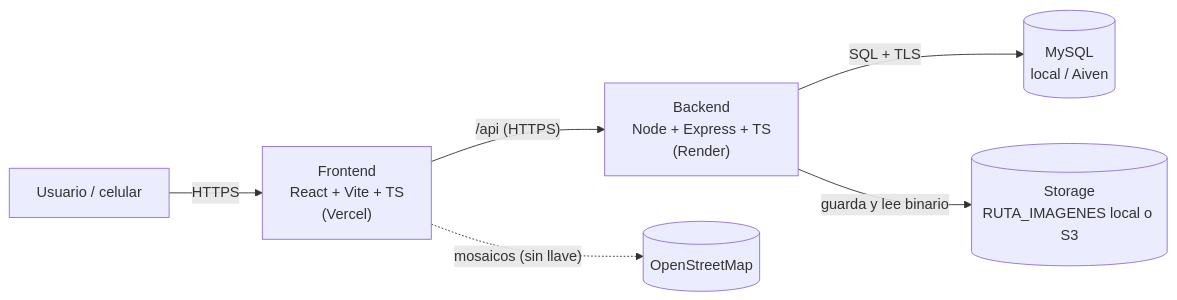
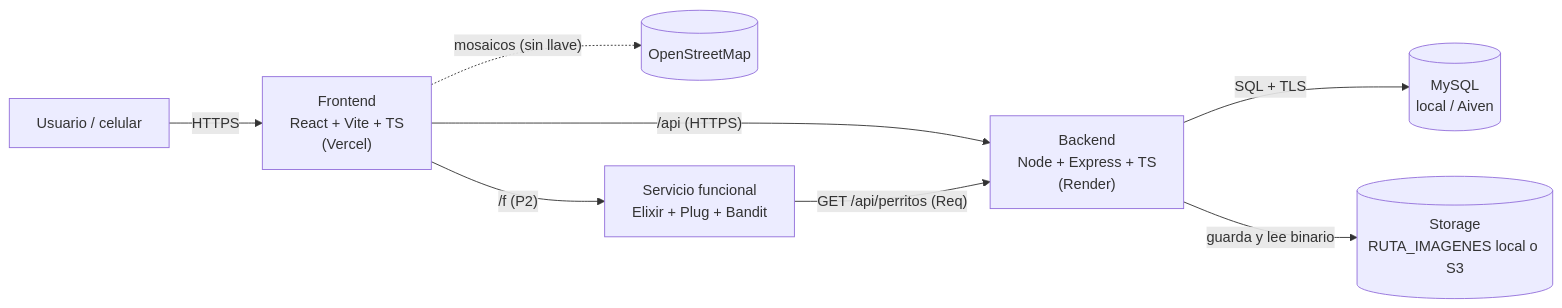
The first of 2 diagrams in README.md (DanielSunCODE/pawFinder), drawn with Mermaid before and after one commit. The commit also changed other lines of this file and 1 other file, not shown here.

Commit message:
Compose: servicio herramientas para correr mix test sin instalar Elixir; docs Del P1 al P2

````diff
--- a/README.md
+++ b/README.md
@@ -53,14 +135,17 @@
 ```mermaid
 flowchart LR
   U["Usuario / celular"] -->|HTTPS| F["Frontend
 React + Vite + TS
 (Vercel)"]
   F -->|"/api (HTTPS)"| B["Backend
 Node + Express + TS
 (Render)"]
   B -->|"SQL + TLS"| DB[("MySQL
 local / Aiven")]
   B -->|"guarda y lee binario"| S[("Storage
 RUTA_IMAGENES local o S3")]
   F -.->|"mosaicos (sin llave)"| M[("OpenStreetMap")]
+  F -->|"/f (P2)"| E["Servicio funcional
+Elixir + Plug + Bandit"]
+  E -->|"GET /api/perritos (Req)"| B
 ```
````
